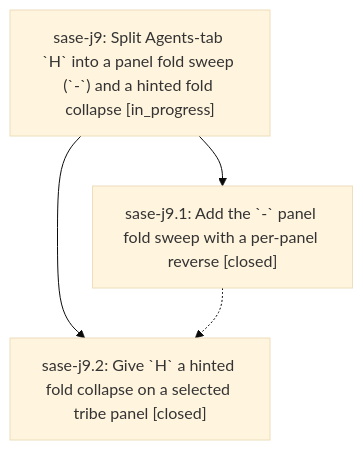
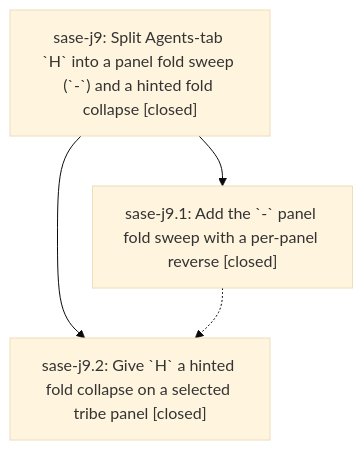
One commit to sase-org/sase--beads changed the diagram in pages/sase-j9/README.md. Above: the diagram before and after it, drawn with Mermaid (base theme). The commit also changed other lines of this file, not shown here.

First line of the commit message:
chore(beads): sync bead state and pages for sase-j9

````diff
--- a/pages/sase-j9/README.md
+++ b/pages/sase-j9/README.md
@@ -31,9 +73,9 @@
 ```mermaid
 flowchart TD
-    n0["sase-j9: Split Agents-tab `H` into a panel fold sweep (`-`) and a hinted fold collapse [in_progress]"]
+    n0["sase-j9: Split Agents-tab `H` into a panel fold sweep (`-`) and a hinted fold collapse [closed]"]
     n1["sase-j9.1: Add the `-` panel fold sweep with a per-panel reverse [closed]"]
     n2["sase-j9.2: Give `H` a hinted fold collapse on a selected tribe panel [closed]"]
     n0 --> n1
     n0 --> n2
     n1 -.-> n2
 ```
````
